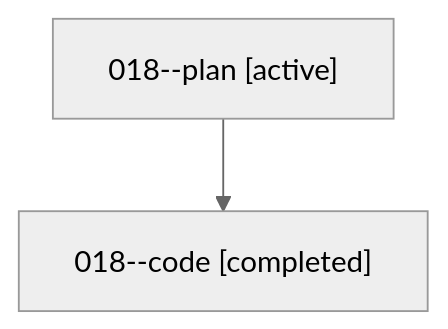
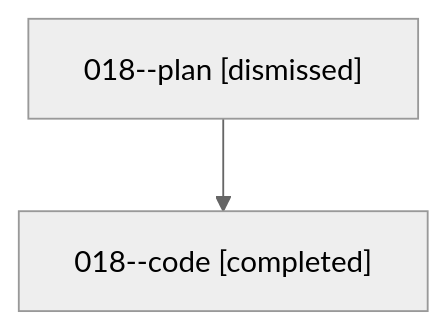
The diagram in sessions/bbugyi200.athena.018.md (sase-org/sase--agents), drawn with Mermaid (neutral theme) before and after one commit. The commit also changed other lines of this file and 46 other files, not shown here.

````diff
--- a/sessions/bbugyi200.athena.018.md
+++ b/sessions/bbugyi200.athena.018.md
@@ -9,6 +9,6 @@
 ```mermaid
 flowchart TD
-  n0["018--plan [active]"]
+  n0["018--plan [dismissed]"]
   n1["018--code [completed]"]
   n0 --> n1
 ```
````
